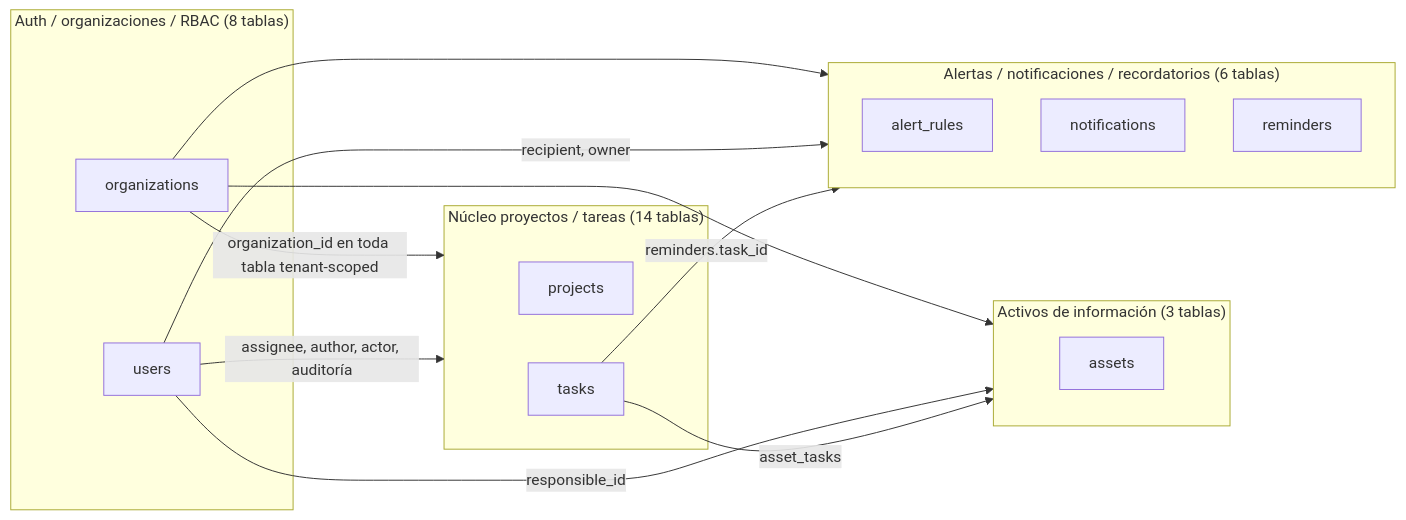
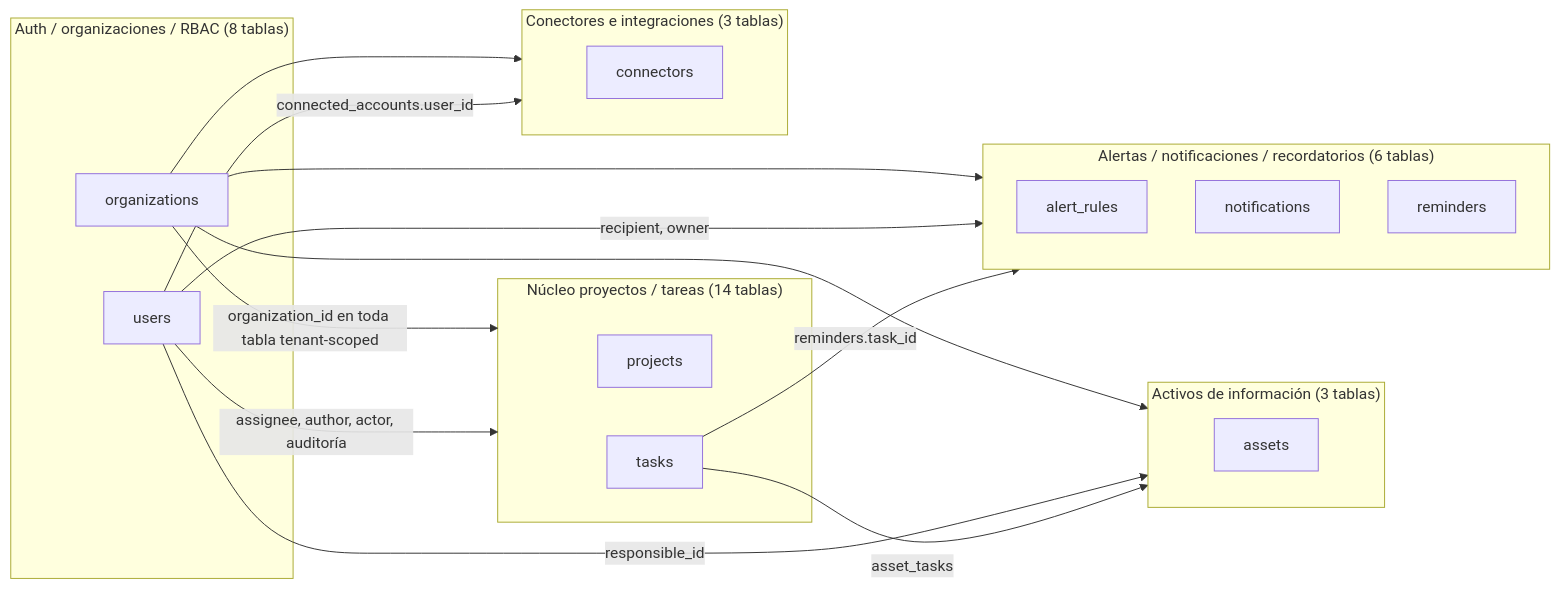
Before and after one commit to solercia-solutions/solercia-command: the first of 6 diagrams in docs/diagrams/er-model.md, drawn with Mermaid. The commit also changed other lines of this file and 8 other files, not shown here.

First line of the commit message:
feat(connectors): migracion y modelos de conectores cuentas y credenciales cifradas

````diff
--- a/docs/diagrams/er-model.md
+++ b/docs/diagrams/er-model.md
@@ -53,31 +53,37 @@
 ```mermaid
 flowchart LR
     subgraph AUTH["Auth / organizaciones / RBAC (8 tablas)"]
         organizations
         users
     end
 
     subgraph CORE["Núcleo proyectos / tareas (14 tablas)"]
         projects
         tasks
     end
 
     subgraph ALERTS["Alertas / notificaciones / recordatorios (6 tablas)"]
         alert_rules
         notifications
         reminders
     end
 
     subgraph ASSETS["Activos de información (3 tablas)"]
         assets
     end
 
+    subgraph INTEGRATIONS["Conectores e integraciones (3 tablas)"]
+        connectors
+    end
+
     organizations -->|"organization_id en toda tabla tenant-scoped"| CORE
     organizations --> ALERTS
     organizations --> ASSETS
+    organizations --> INTEGRATIONS
     users -->|"assignee, author, actor, auditoría"| CORE
     users -->|"recipient, owner"| ALERTS
     users -->|"responsible_id"| ASSETS
+    users -->|"connected_accounts.user_id"| INTEGRATIONS
     tasks -->|"reminders.task_id"| ALERTS
     tasks -->|"asset_tasks"| ASSETS
 ```
````
